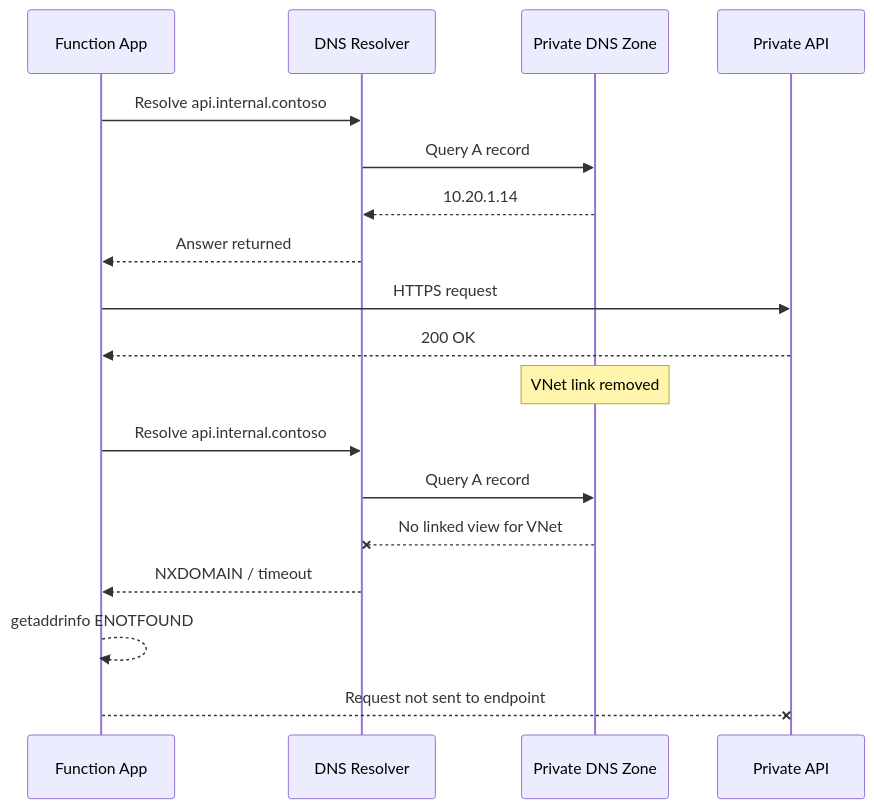
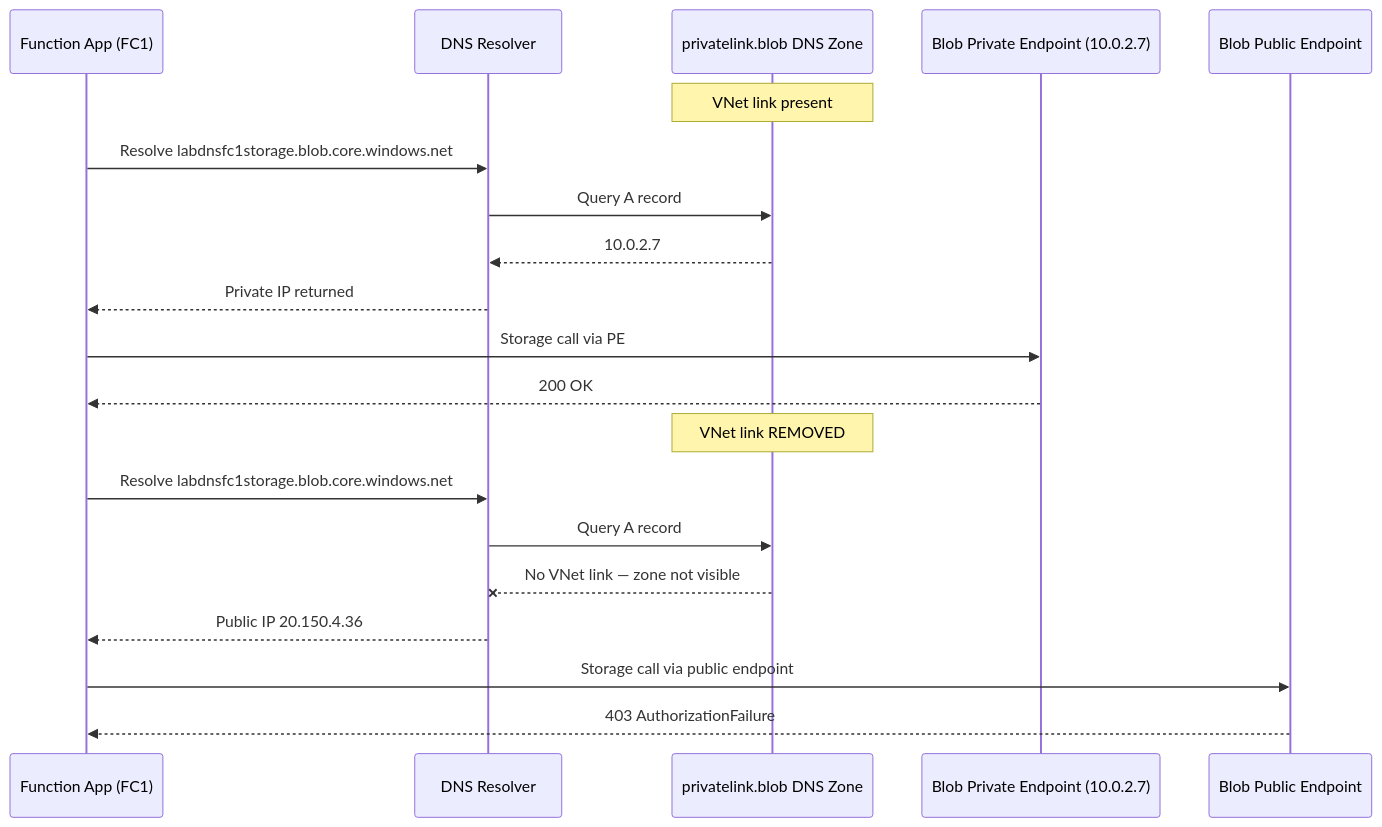
One commit to yeongseon/azure-functions-practical-guide changed the second of 5 diagrams in docs/troubleshooting/lab-guides/dns-vnet-resolution.md. Above: the diagram before and after it, drawn with Mermaid. The commit also changed other lines of this file and 21 other files, not shown here.

````diff
--- a/docs/troubleshooting/lab-guides/dns-vnet-resolution.md
+++ b/docs/troubleshooting/lab-guides/dns-vnet-resolution.md
@@ -64,23 +81,24 @@
 ```mermaid
 sequenceDiagram
-    participant F as Function App
-    participant R as DNS Resolver
-    participant Z as Private DNS Zone
-    participant P as Private API
+    participant App as Function App (FC1)
+    participant DNS as DNS Resolver
+    participant BlobZone as privatelink.blob DNS Zone
+    participant PE as Blob Private Endpoint (10.0.2.7)
+    participant Public as Blob Public Endpoint
 
-    F->>R: Resolve api.internal.contoso
-    R->>Z: Query A record
-    Z-->>R: 10.20.1.14
-    R-->>F: Answer returned
-    F->>P: HTTPS request
-    P-->>F: 200 OK
+    Note over BlobZone: VNet link present
+    App->>DNS: Resolve labdnsfc1storage.blob.core.windows.net
+    DNS->>BlobZone: Query A record
+    BlobZone-->>DNS: 10.0.2.7
+    DNS-->>App: Private IP returned
+    App->>PE: Storage call via PE
+    PE-->>App: 200 OK
 
-    Note over Z: VNet link removed
-
-    F->>R: Resolve api.internal.contoso
-    R->>Z: Query A record
-    Z--x R: No linked view for VNet
-    R-->>F: NXDOMAIN / timeout
-    F-->>F: getaddrinfo ENOTFOUND
-    F--x P: Request not sent to endpoint
+    Note over BlobZone: VNet link REMOVED
+    App->>DNS: Resolve labdnsfc1storage.blob.core.windows.net
+    DNS->>BlobZone: Query A record
+    BlobZone--xDNS: No VNet link — zone not visible
+    DNS-->>App: Public IP 20.150.4.36
+    App->>Public: Storage call via public endpoint
+    Public-->>App: 403 AuthorizationFailure
 ```
````
